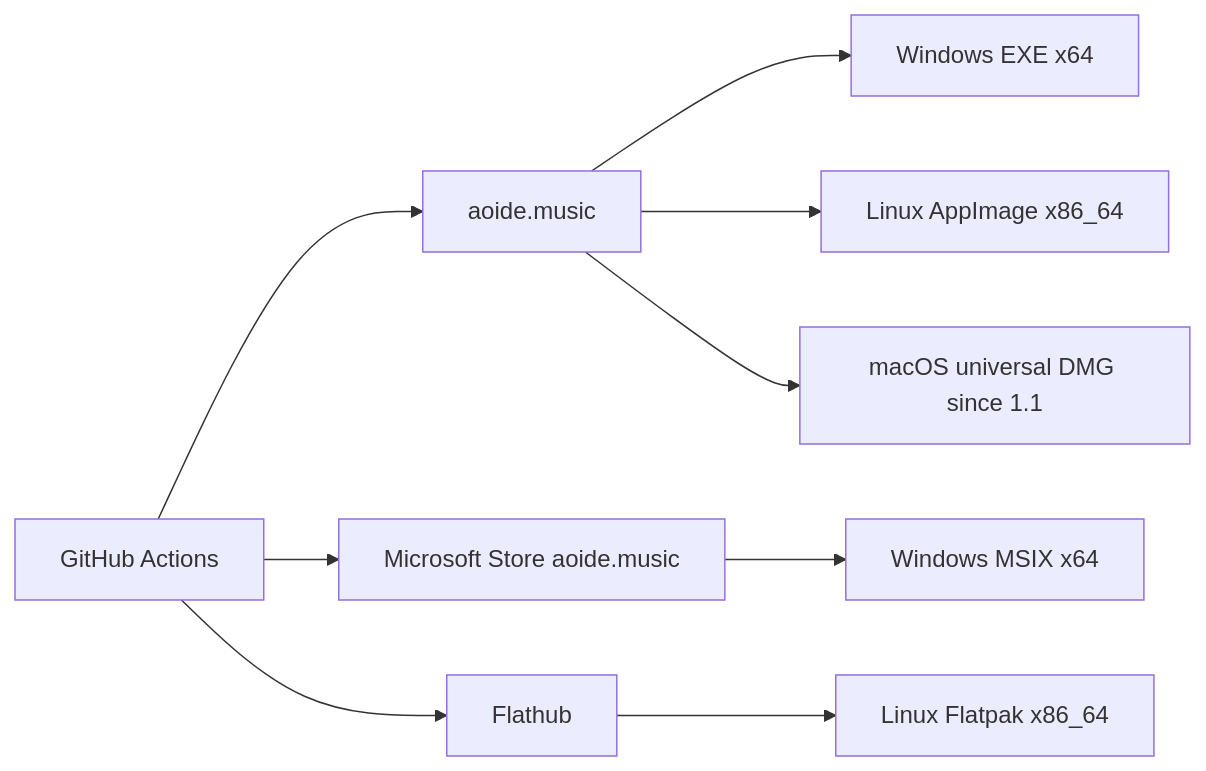
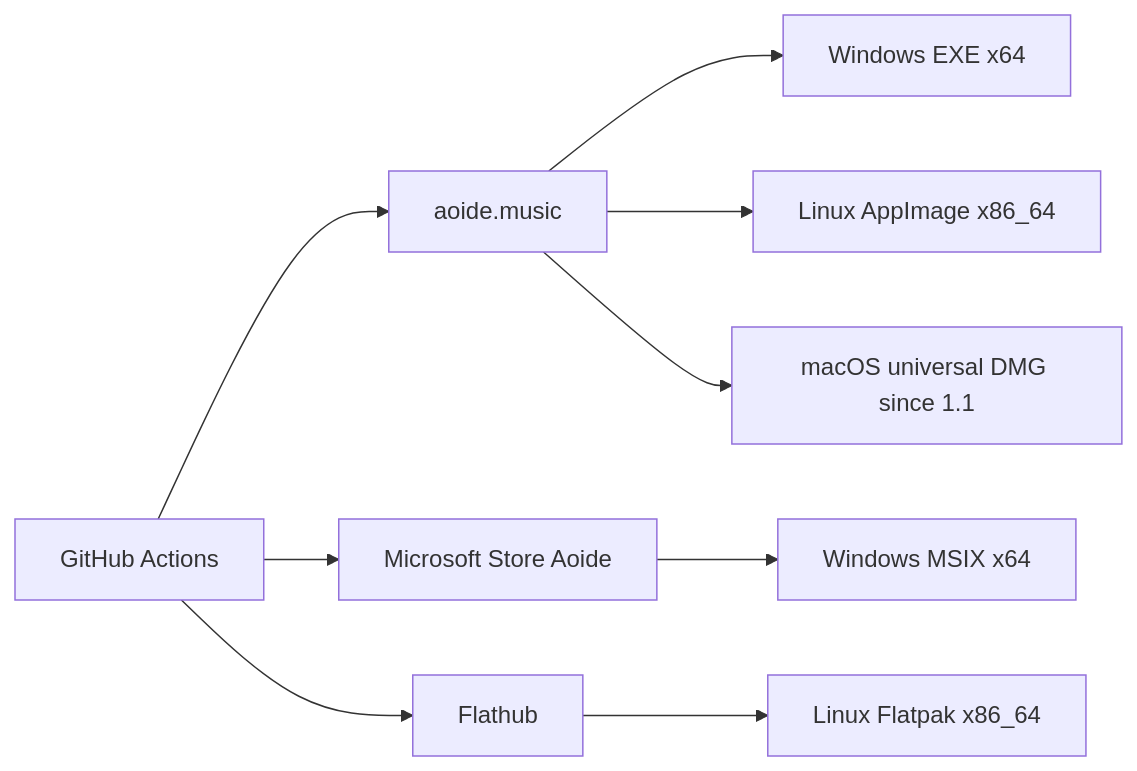
Before and after one commit to eliranbenishai/aoide: the first of 2 diagrams in docs/architecture.md, drawn with Mermaid. The commit also changed 5 other files, not shown here.

First line of the commit message:
Name the Store listing Aoide, the name actually reserved.

````diff
--- a/docs/architecture.md
+++ b/docs/architecture.md
@@ -26,15 +26,15 @@
 ```mermaid
 flowchart LR
   CI[GitHub Actions]
   Site[aoide.music]
-  MS[Microsoft Store aoide.music]
+  MS[Microsoft Store Aoide]
   FH[Flathub]
   CI --> Site
   CI --> MS
   CI --> FH
   Site --> WinExe[Windows EXE x64]
   Site --> AppImage[Linux AppImage x86_64]
   Site --> Dmg[macOS universal DMG since 1.1]
   MS --> Msix[Windows MSIX x64]
   FH --> Flatpak[Linux Flatpak x86_64]
 ```
````
